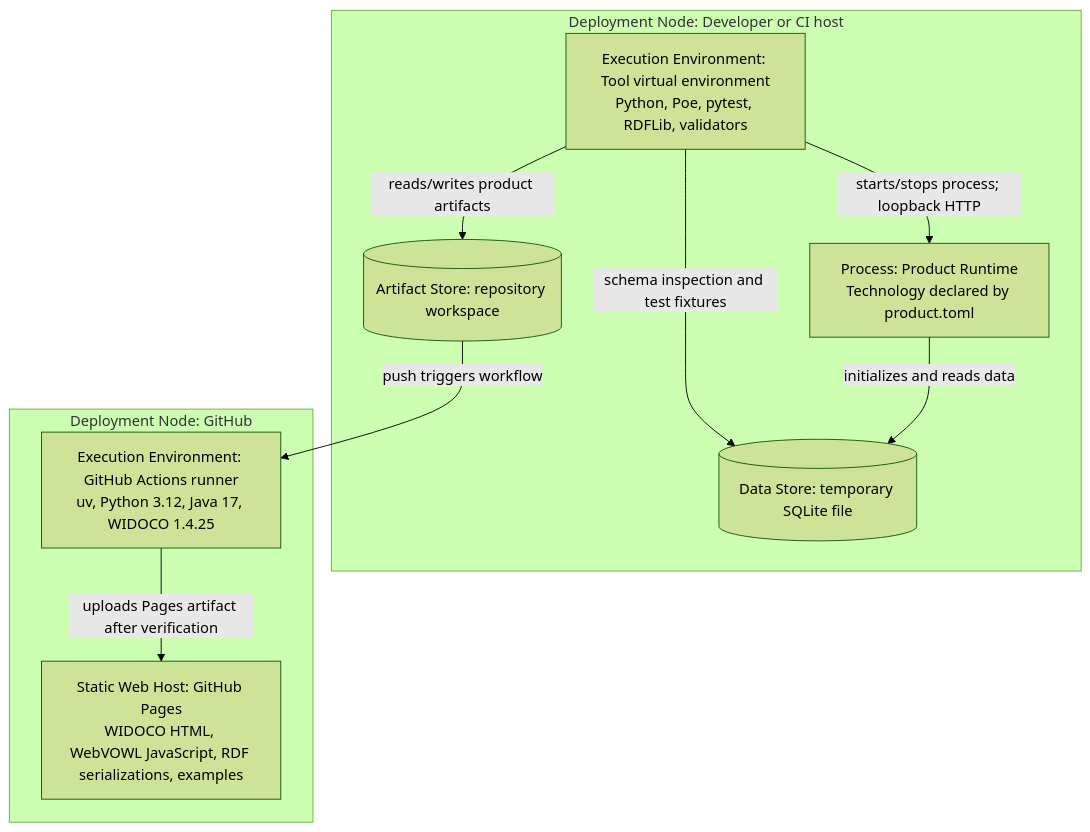
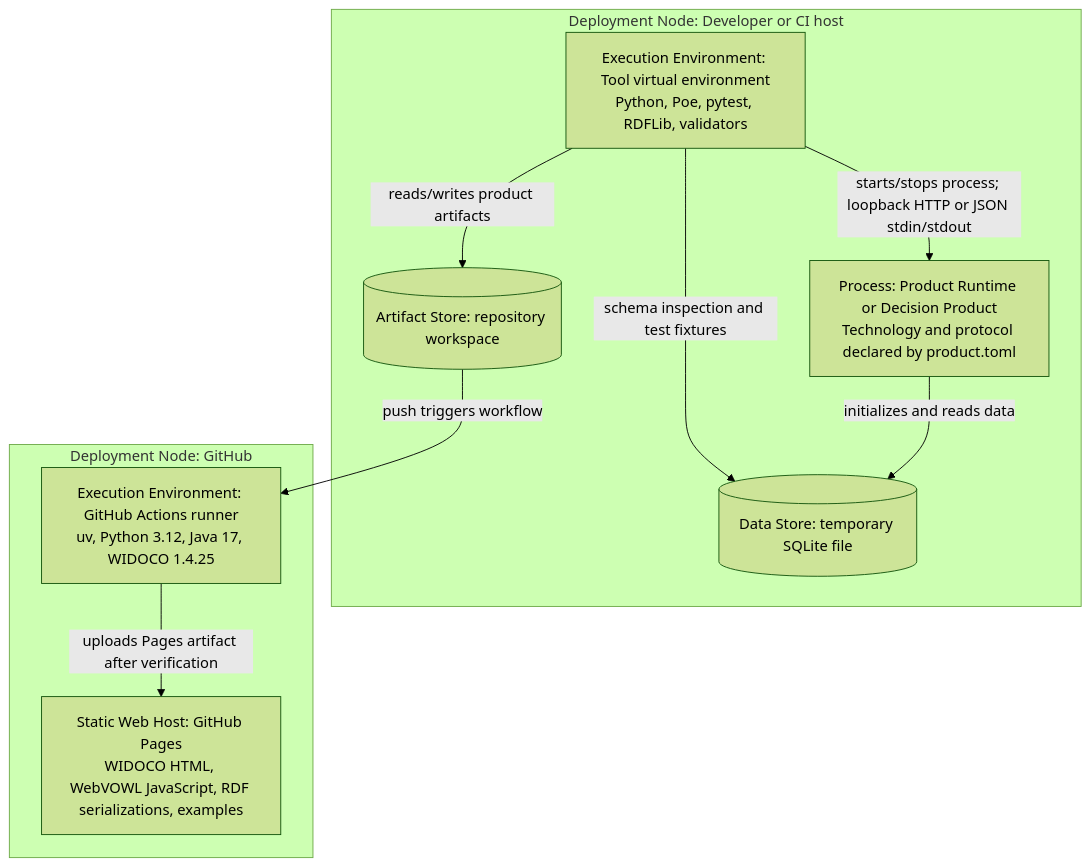
One commit to arturmiller/spec-compiler changed the sixth of 6 diagrams in docs/architecture/arc42.md. Above: the diagram before and after it, drawn with Mermaid (forest theme). The commit also changed other lines of this file and 48 other files, not shown here.

````diff
--- a/docs/architecture/arc42.md
+++ b/docs/architecture/arc42.md
@@ -310,22 +370,22 @@
 ```mermaid
 flowchart TB
     subgraph host["Deployment Node: Developer or CI host"]
         tool["Execution Environment: Tool virtual environment<br/>Python, Poe, pytest, RDFLib, validators"]
-        product["Process: Product Runtime<br/>Technology declared by product.toml"]
+        product["Process: Product Runtime or Decision Product<br/>Technology and protocol declared by product.toml"]
         db[("Data Store: temporary SQLite file")]
         files[("Artifact Store: repository workspace")]
 
         tool -->|"reads/writes product artifacts"| files
-        tool -->|"starts/stops process; loopback HTTP"| product
+        tool -->|"starts/stops process; loopback HTTP or JSON stdin/stdout"| product
         tool -->|"schema inspection and test fixtures"| db
         product -->|"initializes and reads data"| db
     end
 
     subgraph github["Deployment Node: GitHub"]
         actions["Execution Environment: GitHub Actions runner<br/>uv, Python 3.12, Java 17, WIDOCO 1.4.25"]
         pages["Static Web Host: GitHub Pages<br/>WIDOCO HTML, WebVOWL JavaScript, RDF serializations, examples"]
         actions -->|"uploads Pages artifact after verification"| pages
     end
 
     files -->|"push triggers workflow"| actions
 ```
````
